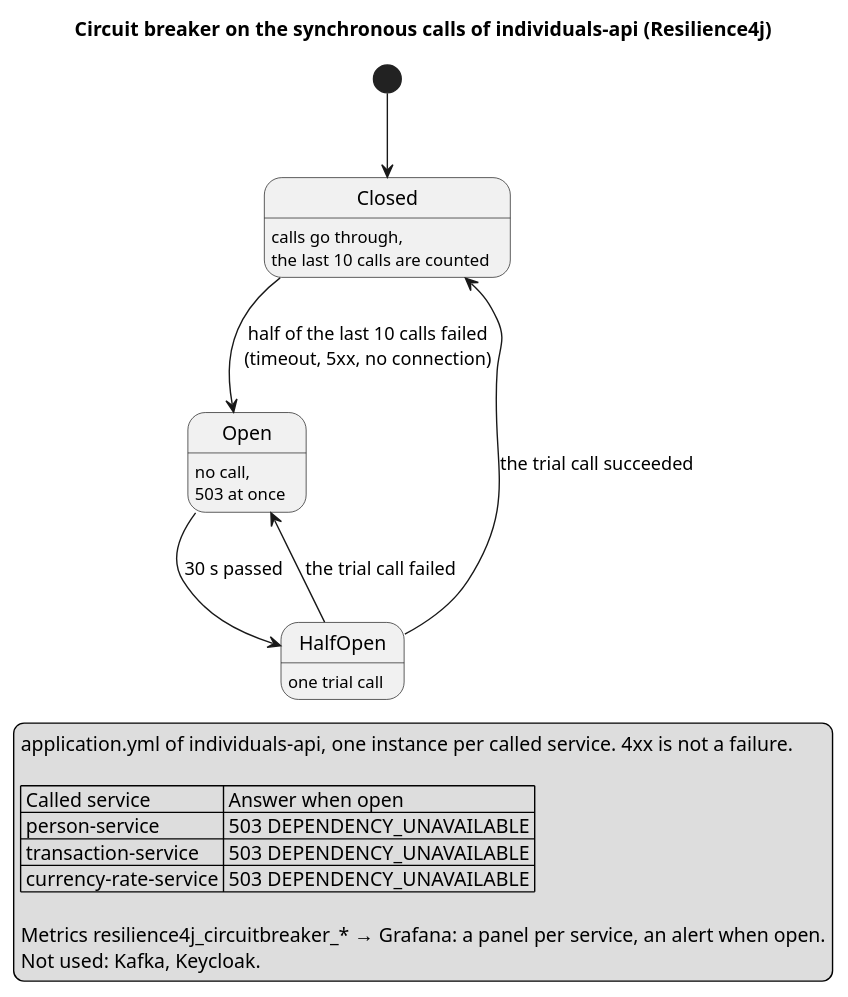
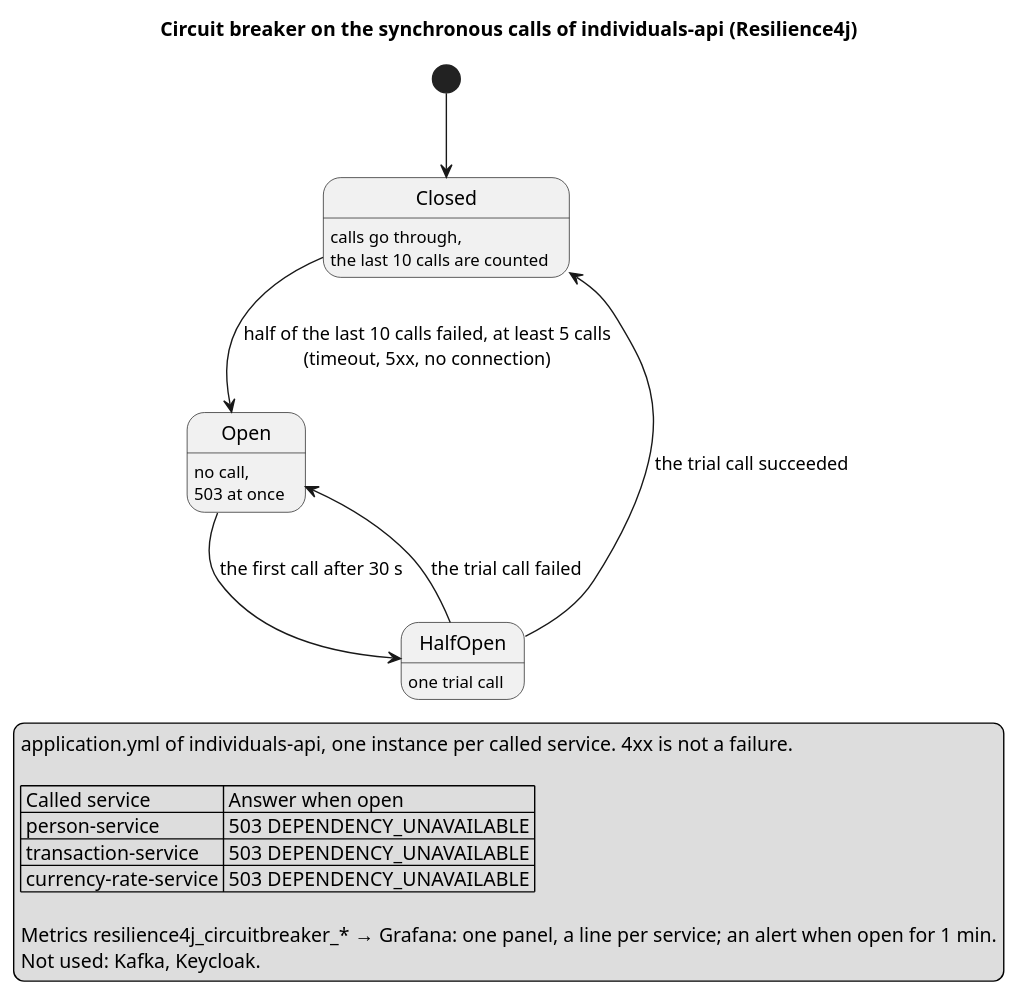
The diagram in currency-rate-service/diagrams-c4/circuit-breaker.puml (dezxxx/payment-platform), drawn with PlantUML before and after one commit. The commit also changed 118 other files, not shown here.

```diff
--- a/currency-rate-service/diagrams-c4/circuit-breaker.puml
+++ b/currency-rate-service/diagrams-c4/circuit-breaker.puml
@@ -1,28 +1,28 @@
 @startuml circuit-breaker
 title Circuit breaker on the synchronous calls of individuals-api (Resilience4j)
 hide empty description
 
 [*] --> Closed
 Closed : calls go through,
 Closed : the last 10 calls are counted
 Open : no call,
 Open : 503 at once
 HalfOpen : one trial call
 
-Closed --> Open : half of the last 10 calls failed\n(timeout, 5xx, no connection)
-Open --> HalfOpen : 30 s passed
+Closed --> Open : half of the last 10 calls failed, at least 5 calls\n(timeout, 5xx, no connection)
+Open --> HalfOpen : the first call after 30 s
 HalfOpen --> Closed : the trial call succeeded
 HalfOpen --> Open : the trial call failed
 
 legend bottom
   application.yml of individuals-api, one instance per called service. 4xx is not a failure.
 
   | Called service | Answer when open |
   | person-service | 503 DEPENDENCY_UNAVAILABLE |
   | transaction-service | 503 DEPENDENCY_UNAVAILABLE |
   | currency-rate-service | 503 DEPENDENCY_UNAVAILABLE |
 
-  Metrics resilience4j_circuitbreaker_* → Grafana: a panel per service, an alert when open.
+  Metrics resilience4j_circuitbreaker_* → Grafana: one panel, a line per service; an alert when open for 1 min.
   Not used: Kafka, Keycloak.
 end legend
 @enduml
```
